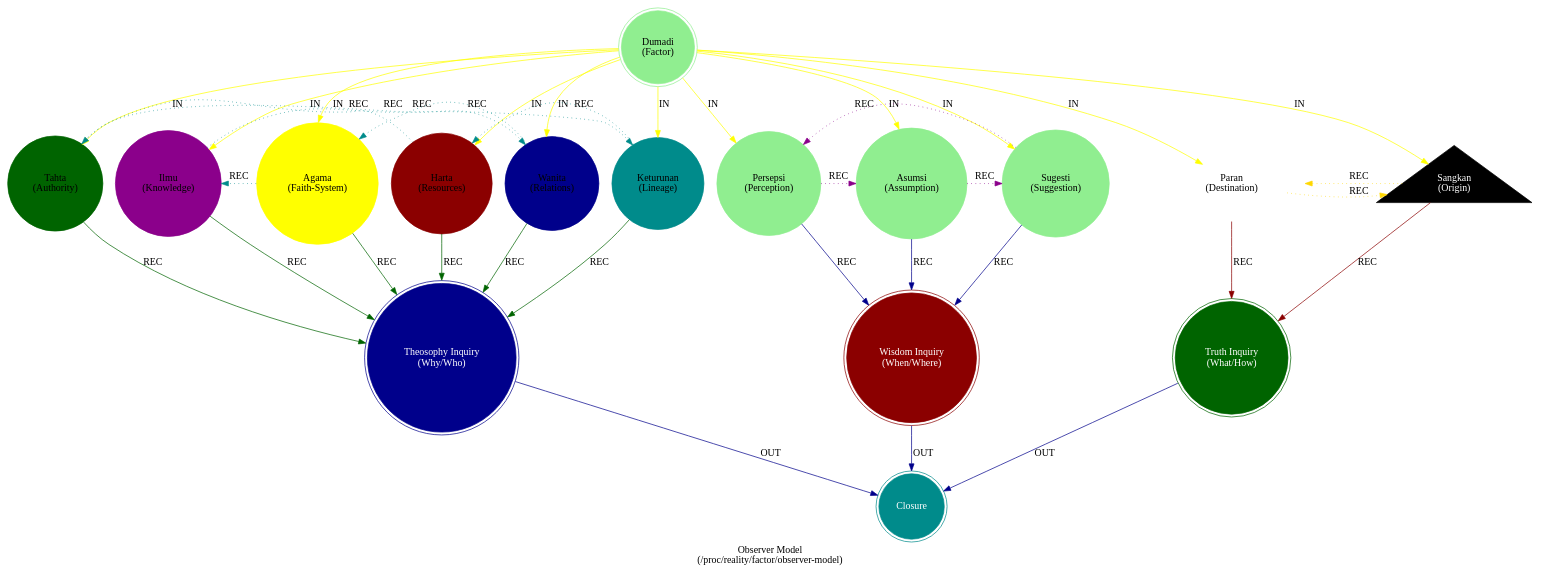
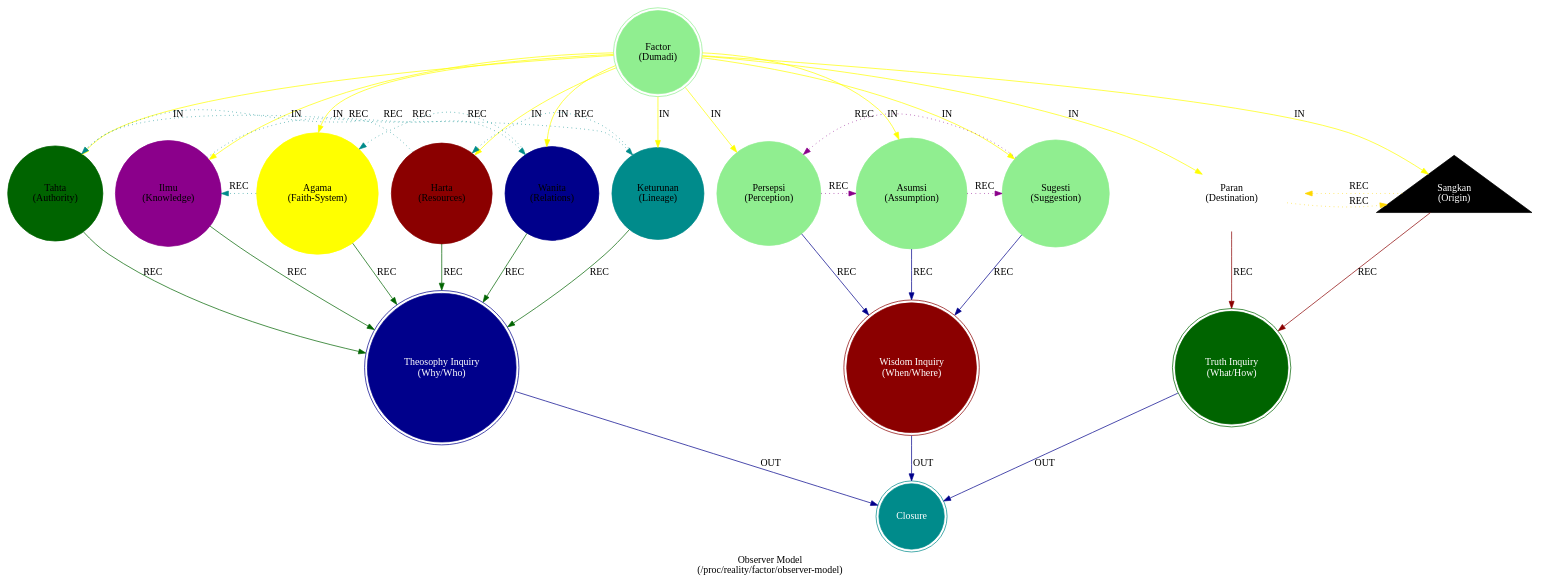
The diagram in src/core/mythos_factor_observer.dot (cilang/mythos), drawn with Graphviz before and after one commit. The commit also changed 17 other files, not shown here.

```diff
--- a/src/core/mythos_factor_observer.dot
+++ b/src/core/mythos_factor_observer.dot
@@ -1,45 +1,45 @@
 strict digraph G {
     label = "Observer Model\n(/proc/reality/factor/observer-model)";
     style = filled;
     color = lightgray;
     node [shape = circle; style = filled; color = lightgreen;];
     
     // Sangkan paraning dumadi.
     // Nava manunggal nastiti ning tyas.
     // Suradira jayadiningrat lebur dening pangastuti.
     // memayu hayuning bawana
     // manunggal kawula ning gusti.
     // (ꦱꦁꦏꦤ꧀ꦥꦫꦤꦶꦁꦢꦸꦩꦢꦶꦱꦁꦏꦤ꧀ꦥꦫꦤꦶꦁꦢꦸꦩꦢꦶꦤꦮꦩꦤꦸꦁꦒꦭ꧀ꦤꦱ꧀ꦠꦶꦠꦶꦔꦶꦁꦠꦾꦱ꧀ꦯꦹꦫꦢꦶꦫꦗꦪꦢꦶꦤꦶꦁꦫꦠ꧀ꦭꦺꦧꦸꦂꦢꦺꦤꦶꦁꦥꦔꦱ꧀ꦠꦸꦠꦶꦩꦼꦩꦪꦸꦲꦪꦸꦤꦶꦁꦧꦮꦤꦩꦤꦸꦁꦒꦭ꧀ꦏꦮꦸꦭꦔꦶꦁꦒꦸꦱ꧀ꦠꦶ)
     // Truth and Wisdom also give further context to "Sangkan Paraning Dumadi" beyond what "Factor" provided.
-    spark_0_observer_seed_t [label = "Dumadi\n(Factor)";shape = doublecircle;comment = "";];
+    spark_0_observer_seed_t [label = "Factor\n(Dumadi)";shape = doublecircle;comment = "";];
     spark_1_observer_seed_t [label = "Harta\n(Resources)";shape = circle;color = darkred;comment = "";];
     spark_2_observer_seed_t [label = "Tahta\n(Authority)";shape = circle;color = darkgreen;comment = "";];
     spark_3_observer_seed_t [label = "Asumsi\n(Assumption)";shape = circle;comment = "";];
     spark_4_observer_seed_t [label = "Wanita\n(Relations)";shape = circle;color = darkblue;comment = "";];
     spark_5_observer_seed_t [label = "Keturunan\n(Lineage)";shape = circle;color = darkcyan;comment = "";];
     spark_6_observer_seed_t [label = "Sugesti\n(Suggestion)";shape = circle;comment = "";];
     spark_7_observer_seed_t [label = "Ilmu\n(Knowledge)";shape = circle;color = darkmagenta;comment = "";];
     spark_8_observer_seed_t [label = "Agama\n(Faith-System)";shape = circle;color = yellow;comment = "";];
     spark_9_observer_seed_t [label = "Persepsi\n(Perception)";shape = circle;comment = "";];
     spark_a_observer_seed_t [label = "Sangkan\n(Origin)";shape = triangle;color = black;fontcolor = white;comment = "";];
     spark_b_observer_seed_t [label = "Paran\n(Destination)";shape = invtriangle;color = white;comment = "";];
     spark_c_observer_seed_t [label = "Truth Inquiry\n(What/How)";shape = doublecircle;color = darkgreen;style = filled;fontcolor = white;];
     spark_d_observer_seed_t [label = "Theosophy Inquiry\n(Why/Who)";shape = doublecircle;color = darkblue;style = filled;fontcolor = white;];
     spark_e_observer_seed_t [label = "Wisdom Inquiry\n(When/Where)";shape = doublecircle;color = darkred;style = filled;fontcolor = white;];
     spark_f_observer_seed_t [label = "Closure";shape = doublecircle;color = darkcyan;style = filled;fontcolor = white;];
     
     // IN = Input
     // OUT = Output
     // REC = Recursion
     spark_0_observer_seed_t -> {spark_a_observer_seed_t spark_b_observer_seed_t spark_1_observer_seed_t spark_2_observer_seed_t spark_3_observer_seed_t spark_4_observer_seed_t spark_5_observer_seed_t spark_6_observer_seed_t spark_7_observer_seed_t spark_8_observer_seed_t spark_9_observer_seed_t} [label = "IN"; color = yellow; comment = "";];
     
     {spark_a_observer_seed_t spark_b_observer_seed_t} -> spark_c_observer_seed_t [label = "REC"; color = darkred; comment = "";];
     {spark_1_observer_seed_t spark_2_observer_seed_t spark_4_observer_seed_t spark_8_observer_seed_t spark_7_observer_seed_t spark_5_observer_seed_t} -> spark_d_observer_seed_t [label = "REC"; color = darkgreen; comment = "";];
     {spark_3_observer_seed_t spark_6_observer_seed_t spark_9_observer_seed_t} -> spark_e_observer_seed_t [label = "REC"; color = darkblue; comment = "";];
     
     spark_1_observer_seed_t -> spark_2_observer_seed_t -> spark_4_observer_seed_t -> spark_8_observer_seed_t -> spark_7_observer_seed_t -> spark_5_observer_seed_t -> spark_1_observer_seed_t [label = "REC"; color = darkcyan; comment = ""; style = dotted; constraint = false;];
     spark_3_observer_seed_t -> spark_6_observer_seed_t -> spark_9_observer_seed_t -> spark_3_observer_seed_t [label = "REC"; color = darkmagenta; comment = ""; style = dotted; constraint = false;];
     spark_a_observer_seed_t -> spark_b_observer_seed_t -> spark_a_observer_seed_t [label = "REC"; color = gold; comment = ""; style = dotted; constraint = false;];
     
     {spark_c_observer_seed_t spark_d_observer_seed_t spark_e_observer_seed_t} -> spark_f_observer_seed_t [label = "OUT"; color = darkblue; comment = "";];
 }
```
